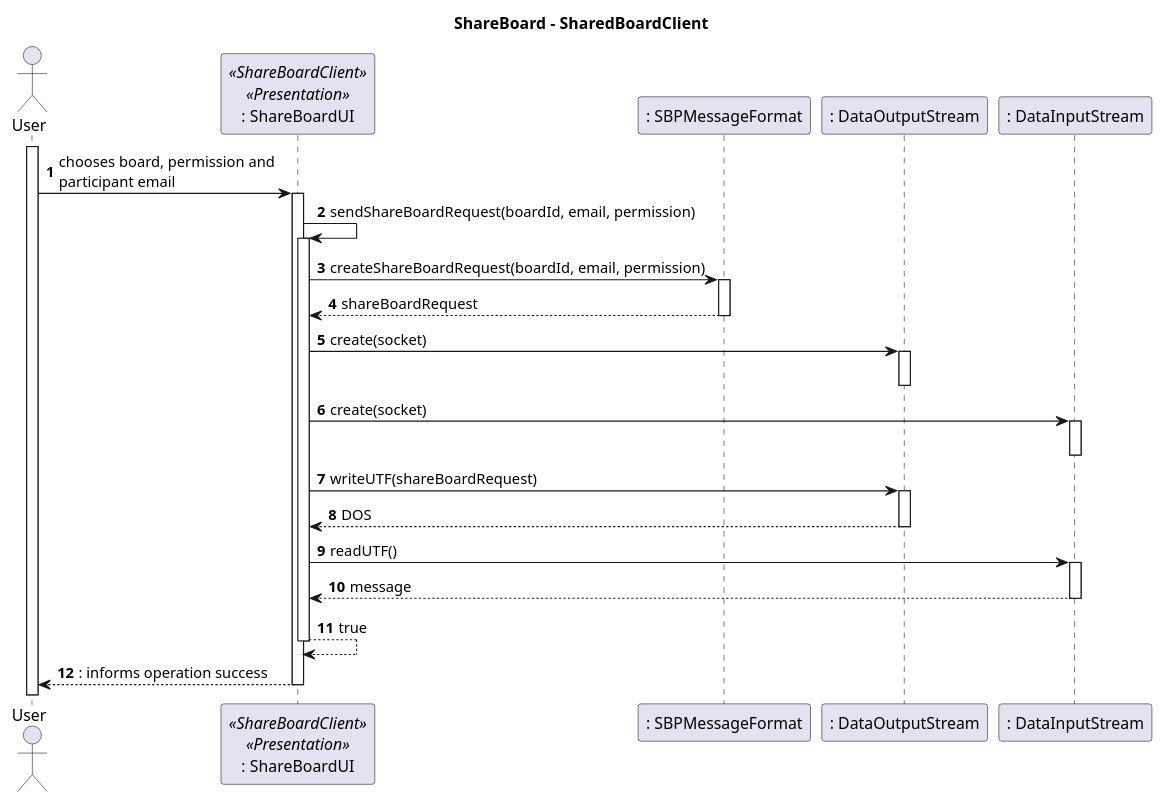
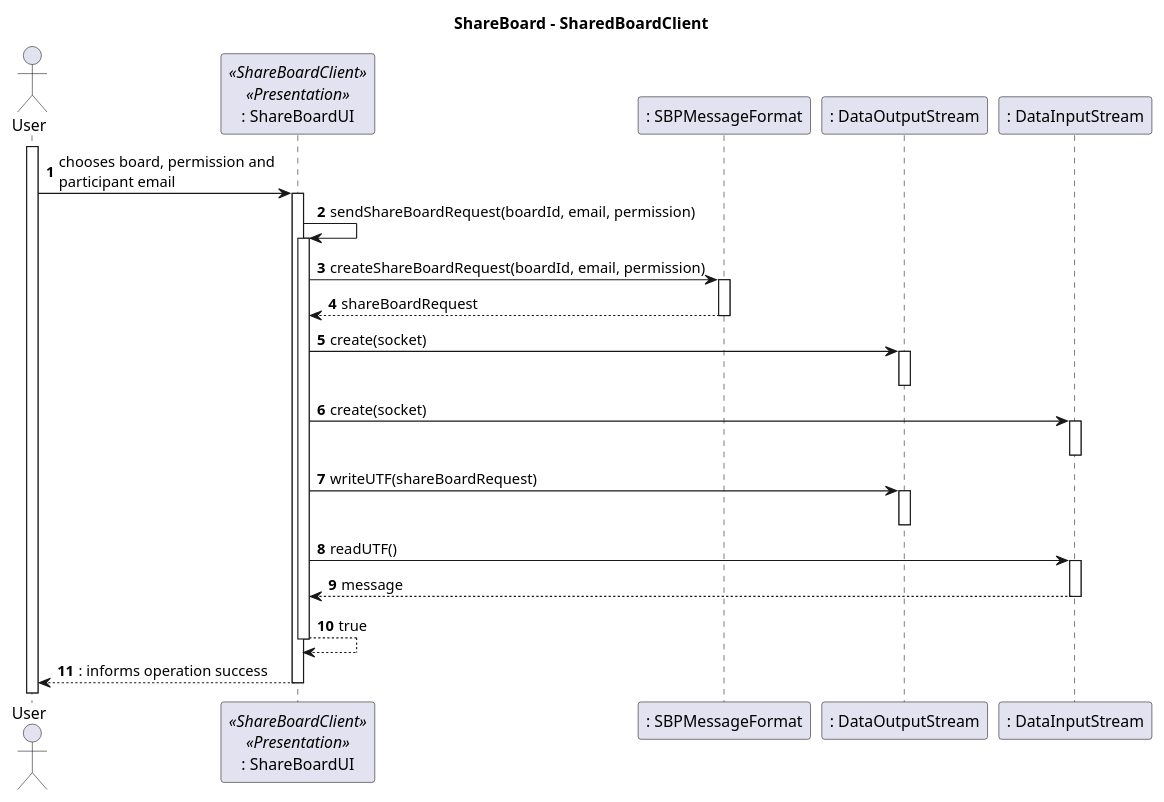
The diagram in docs/Sprint_C/us_3004/us_3004_SD_SharedBoardClient.puml (Marco-Nobrega-Andrade/sem4pi_22_23), drawn with PlantUML before and after one commit. The commit also changed 3 other files, not shown here.

```diff
--- a/docs/Sprint_C/us_3004/us_3004_SD_SharedBoardClient.puml
+++ b/docs/Sprint_C/us_3004/us_3004_SD_SharedBoardClient.puml
@@ -1,35 +1,35 @@
 @startuml
 autonumber
 title ShareBoard - SharedBoardClient
 
 actor "User" as User
 
 participant ": ShareBoardUI" as UI <<ShareBoardClient>> <<Presentation>>
 participant ": SBPMessageFormat" as SBPF
 participant ": DataOutputStream" as DOS
 participant ": DataInputStream" as DIS
 activate User
 User -> UI : chooses board, permission and \nparticipant email
 activate UI
 
 UI -> UI : sendShareBoardRequest(boardId, email, permission)
 activate UI
 UI -> SBPF : createShareBoardRequest(boardId, email, permission)
 activate SBPF
 return shareBoardRequest
 UI -> DOS : create(socket)
 activate DOS
 deactivate DOS
 UI -> DIS : create(socket)
 activate DIS
 deactivate DIS
 UI -> DOS : writeUTF(shareBoardRequest)
 activate DOS
-return DOS
+deactivate DOS
 UI -> DIS : readUTF()
 activate DIS
 return message
 return true
 return : informs operation success
 deactivate UI
 @enduml
```
